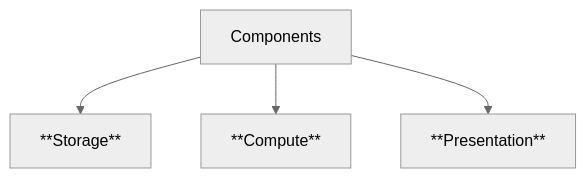
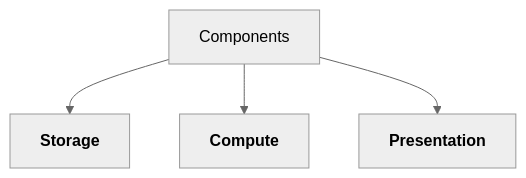
The diagram in week1/1-1-intro-to-applications.md (23f2001665/mad1-notes-mine), drawn with Mermaid (neutral theme) before and after one commit. The commit also changed other lines of this file and 34 other files, not shown here.

````diff
--- a/week1/1-1-intro-to-applications.md
+++ b/week1/1-1-intro-to-applications.md
@@ -19,7 +19,7 @@
 ```mermaid
 flowchart TD
 A["Components"]
-A --> S["**Storage**"]
-A --> C["**Compute**"]
-A --> P["**Presentation**"]
+A --> S["<b>Storage</b>"]
+A --> C["<b>Compute</b>"]
+A --> P["<b>Presentation</b>"]
 ```
````
